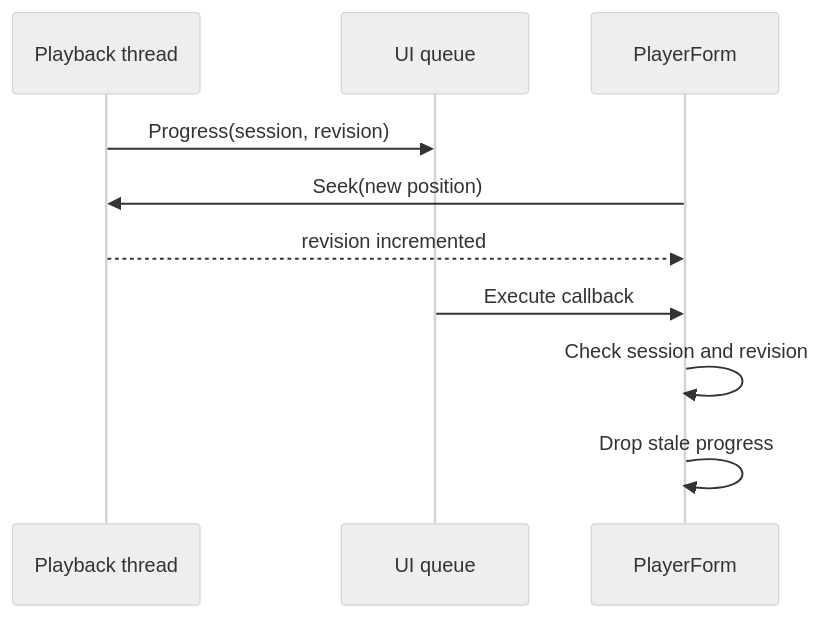
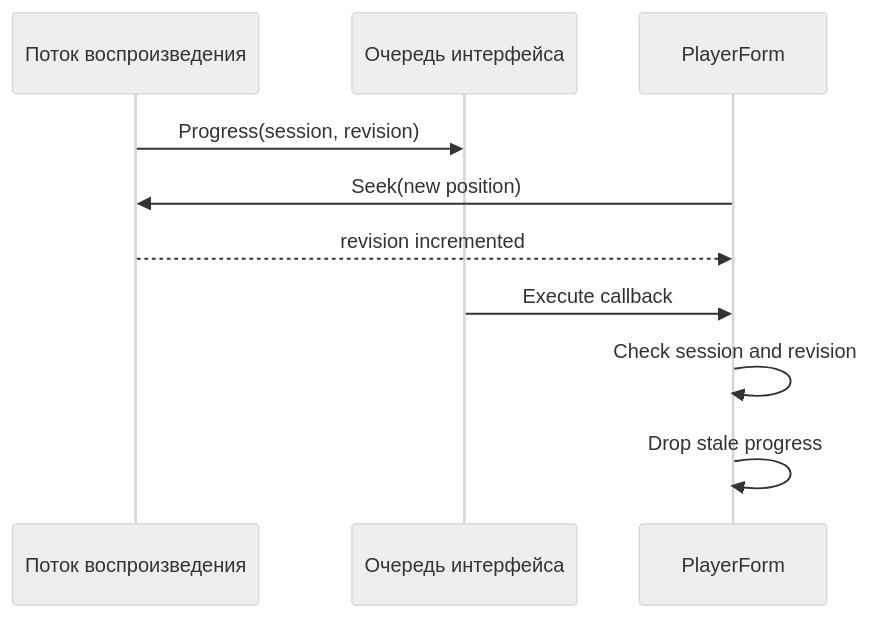
Before and after one commit to esinkirill/speaker-studio: the second of 2 diagrams in docs/ARCHITECTURE.md, drawn with Mermaid (neutral theme). The commit also changed other lines of this file and 10 other files, not shown here.

````diff
--- a/docs/ARCHITECTURE.md
+++ b/docs/ARCHITECTURE.md
@@ -185,12 +185,12 @@
 ```mermaid
 sequenceDiagram
-    participant W as Playback thread
-    participant Q as UI queue
+    participant W as Поток воспроизведения
+    participant Q as Очередь интерфейса
     participant U as PlayerForm
     W->>Q: Progress(session, revision)
     U->>W: Seek(new position)
     W-->>U: revision incremented
     Q->>U: Execute callback
     U->>U: Check session and revision
     U->>U: Drop stale progress
 ```
````
